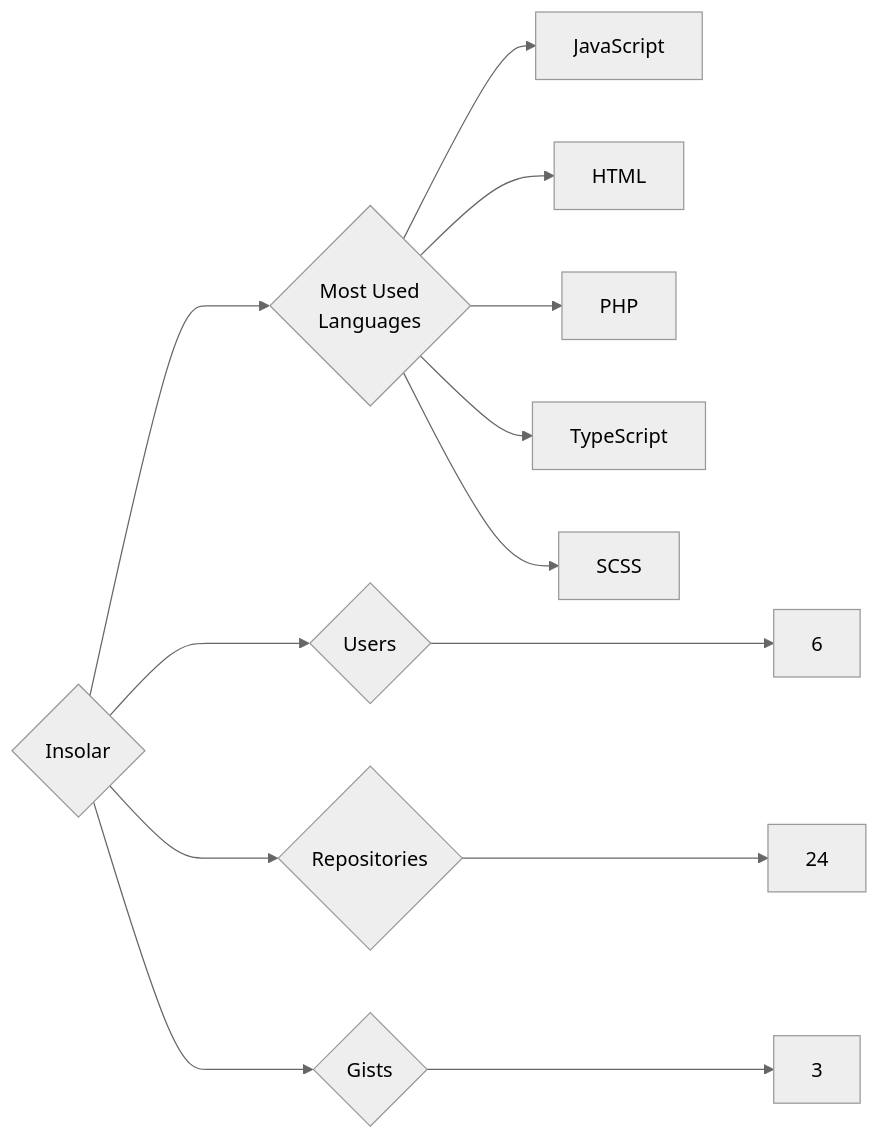
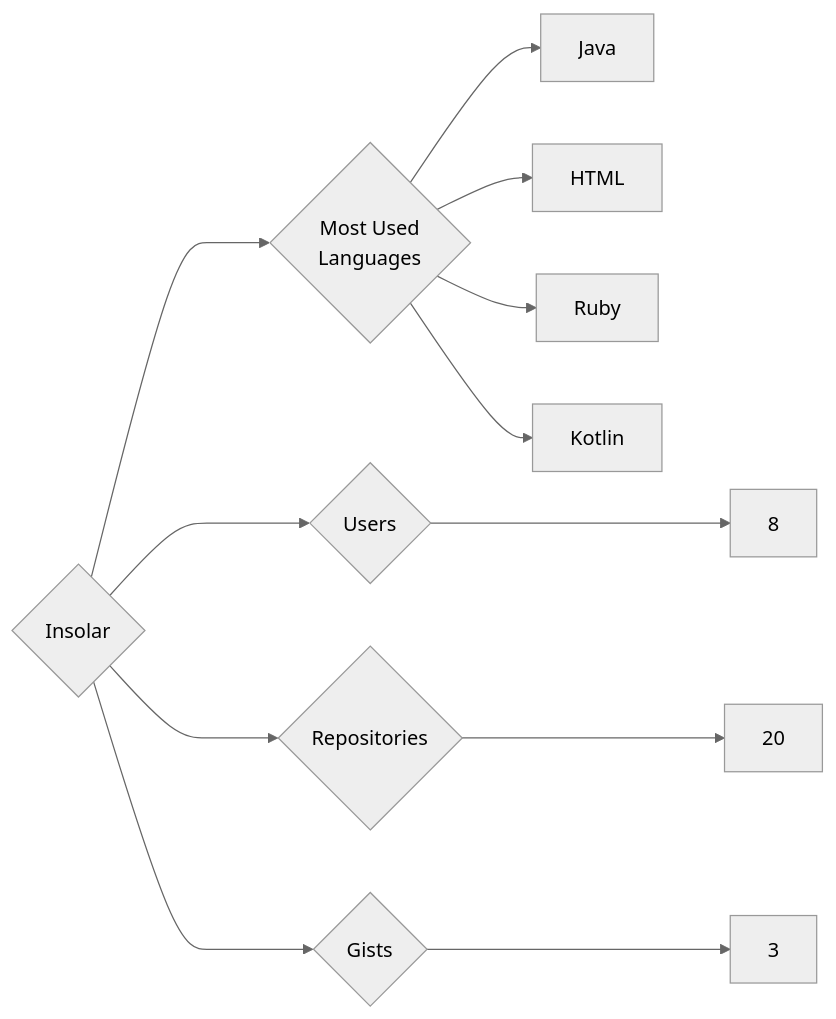
Before and after one commit to trickest/insiders: the diagram in targets/Insolar/README.md, drawn with Mermaid (neutral theme). The commit also changed 859 other files, not shown here.

````diff
--- a/targets/Insolar/README.md
+++ b/targets/Insolar/README.md
@@ -3,13 +3,12 @@
 ```mermaid
 graph LR
 COMPANY_NAME{Insolar}
-COMPANY_NAME ---> U{Users} ---> UN[6]
-COMPANY_NAME ---> R{Repositories} ---> RN[24]
+COMPANY_NAME ---> U{Users} ---> UN[8]
+COMPANY_NAME ---> R{Repositories} ---> RN[20]
 COMPANY_NAME ---> G{Gists} ---> GN[3]
 COMPANY_NAME ---> ML{Most Used<br>Languages}
-ML --> JavaScript[JavaScript]
+ML --> Java[Java]
 ML --> HTML[HTML]
-ML --> PHP[PHP]
-ML --> TypeScript[TypeScript]
-ML --> SCSS[SCSS]
+ML --> Ruby[Ruby]
+ML --> Kotlin[Kotlin]
 ```
````
